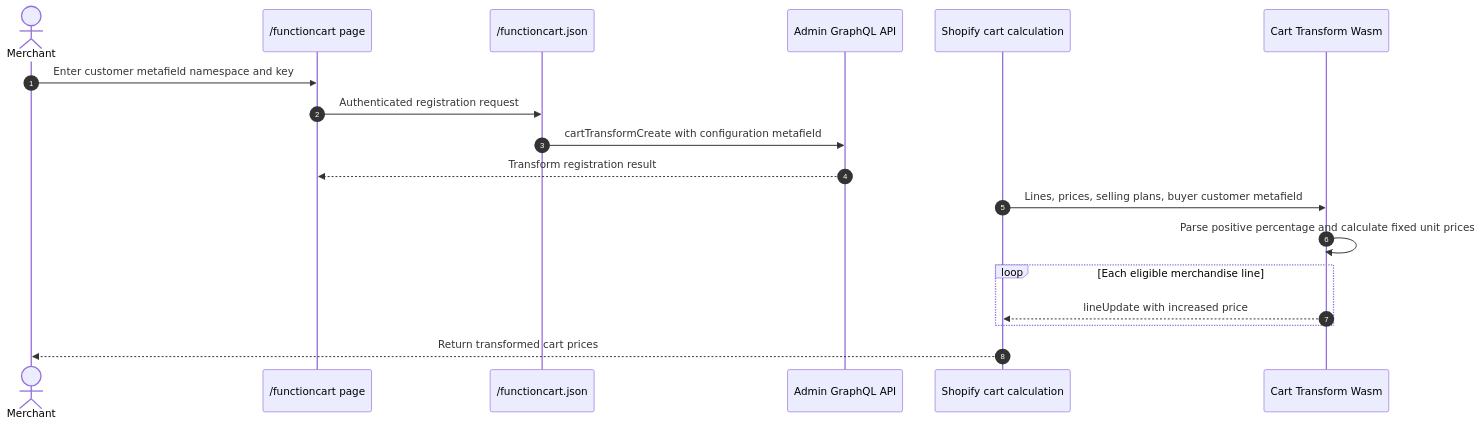
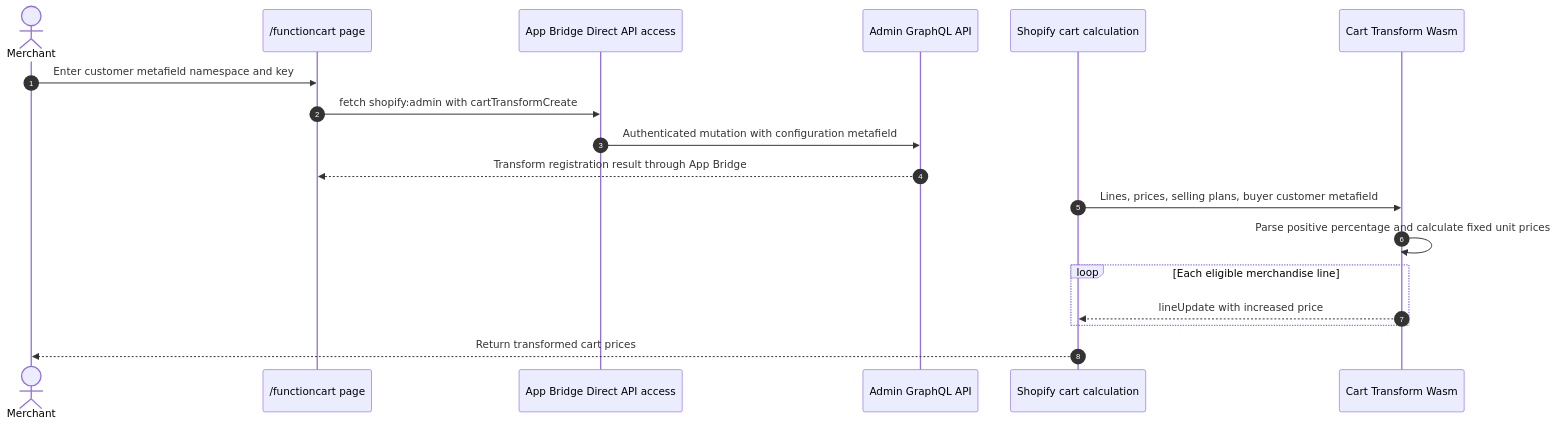
The diagram in docs/functioncart.md (benzookapi/shopify-barebone-app-sample), drawn with Mermaid before and after one commit. The commit also changed other lines of this file and 29 other files, not shown here.

First line of the commit message:
Codex/adminlink direct api access (#2)

````diff
--- a/docs/functioncart.md
+++ b/docs/functioncart.md
@@ -15,21 +15,21 @@
 ```mermaid
 sequenceDiagram
     autonumber
     actor Merchant
     participant UI as /functioncart page
-    participant App as /functioncart.json
+    participant Bridge as App Bridge Direct API access
     participant AdminAPI as Admin GraphQL API
     participant Cart as Shopify cart calculation
     participant Function as Cart Transform Wasm
 
     Merchant->>UI: Enter customer metafield namespace and key
-    UI->>App: Authenticated registration request
-    App->>AdminAPI: cartTransformCreate with configuration metafield
-    AdminAPI-->>UI: Transform registration result
+    UI->>Bridge: fetch shopify:admin with cartTransformCreate
+    Bridge->>AdminAPI: Authenticated mutation with configuration metafield
+    AdminAPI-->>UI: Transform registration result through App Bridge
     Cart->>Function: Lines, prices, selling plans, buyer customer metafield
     Function->>Function: Parse positive percentage and calculate fixed unit prices
     loop Each eligible merchandise line
         Function-->>Cart: lineUpdate with increased price
     end
     Cart-->>Merchant: Return transformed cart prices
 ```
````
